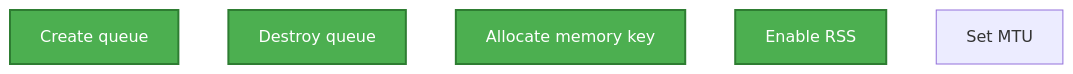
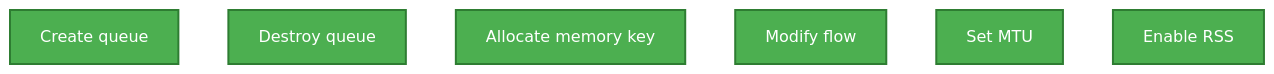
Before and after one commit to prk-2023/vork_area: diagram 22 of 23 in 2026/Karyalayam/SmartNIC/mlx_StudyMap.md, drawn with Mermaid. The commit also changed other lines of this file, not shown here.

````diff
--- a/2026/Karyalayam/SmartNIC/mlx_StudyMap.md
+++ b/2026/Karyalayam/SmartNIC/mlx_StudyMap.md
@@ -453,11 +642,11 @@
 ```mermaid 
 flowchart 
     A["Create queue"]
     B["Destroy queue"]
     C["Allocate memory key"]
     D["Modify flow"]
     E["Set MTU"]
-    D["Enable RSS"]
+    F["Enable RSS"]
 classDef green fill:#4CAF50,stroke:#2E7D32,stroke-width:2px,color:#fff;
-class A,B,C,D green;
+class A,B,C,D,E,F green;
 ```
````
